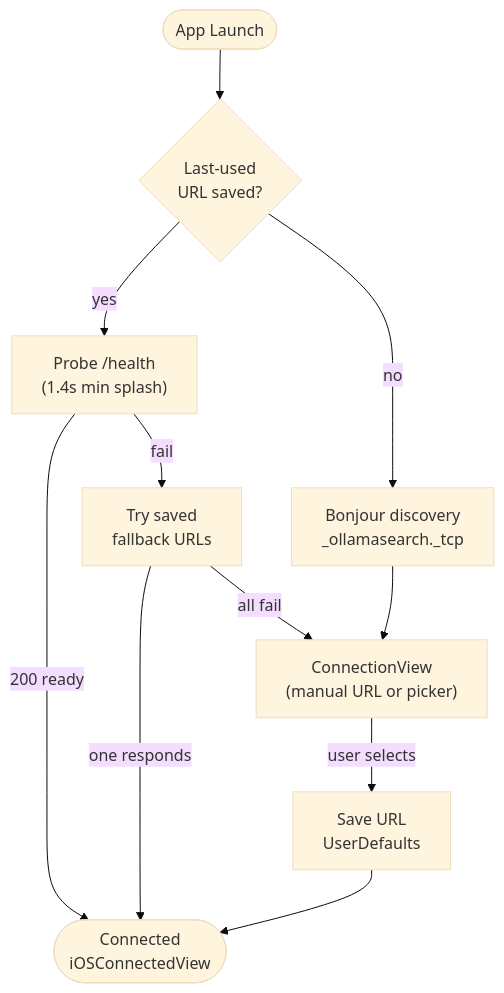
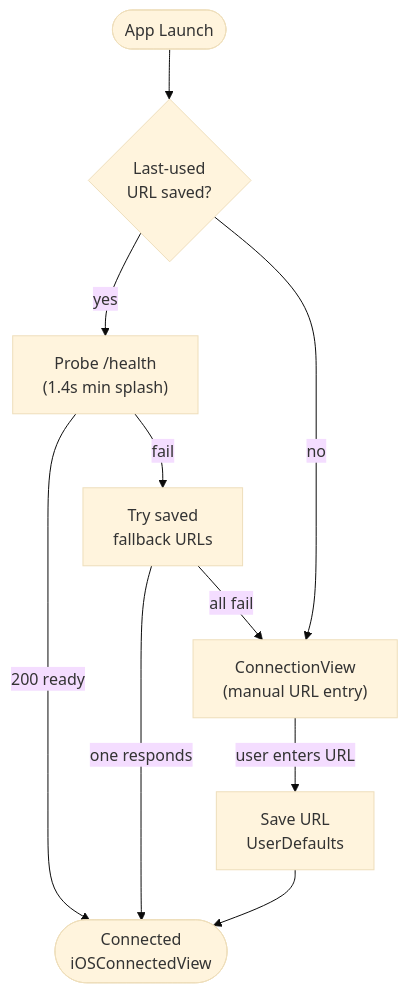
One commit to mabaeyens/mira-core changed the fifth of 6 diagrams in docs/diagram.md. Above: the diagram before and after it, drawn with Mermaid (base theme). The commit also changed 2 other files, not shown here.

Commit message:
docs: refresh architecture notes; add offload peak probe
Drops the retired Bonjour discovery description. Adds the arm-B peak probe
used to check whether prompt-cache and max-KV preallocation account for the
gpt-oss offload peak (they do not).

````diff
--- a/docs/diagram.md
+++ b/docs/diagram.md
@@ -161,15 +161,15 @@
 ```mermaid
 flowchart TD
     START([App Launch]) --> LAST{"Last-used\nURL saved?"}
     LAST -->|yes| PROBE["Probe /health\n(1.4s min splash)"]
-    LAST -->|no| BONJOUR["Bonjour discovery\n_ollamasearch._tcp"]
+    LAST -->|no| CONN_VIEW
 
     PROBE -->|200 ready| CONNECTED([Connected\niOSConnectedView])
     PROBE -->|fail| FALLBACK["Try saved\nfallback URLs"]
     FALLBACK -->|one responds| CONNECTED
     FALLBACK -->|all fail| CONN_VIEW
 
-    BONJOUR --> CONN_VIEW["ConnectionView\n(manual URL or picker)"]
-    CONN_VIEW -->|user selects| SAVE["Save URL\nUserDefaults"]
+    CONN_VIEW["ConnectionView\n(manual URL entry)"]
+    CONN_VIEW -->|user enters URL| SAVE["Save URL\nUserDefaults"]
     SAVE --> CONNECTED
 ```
````
